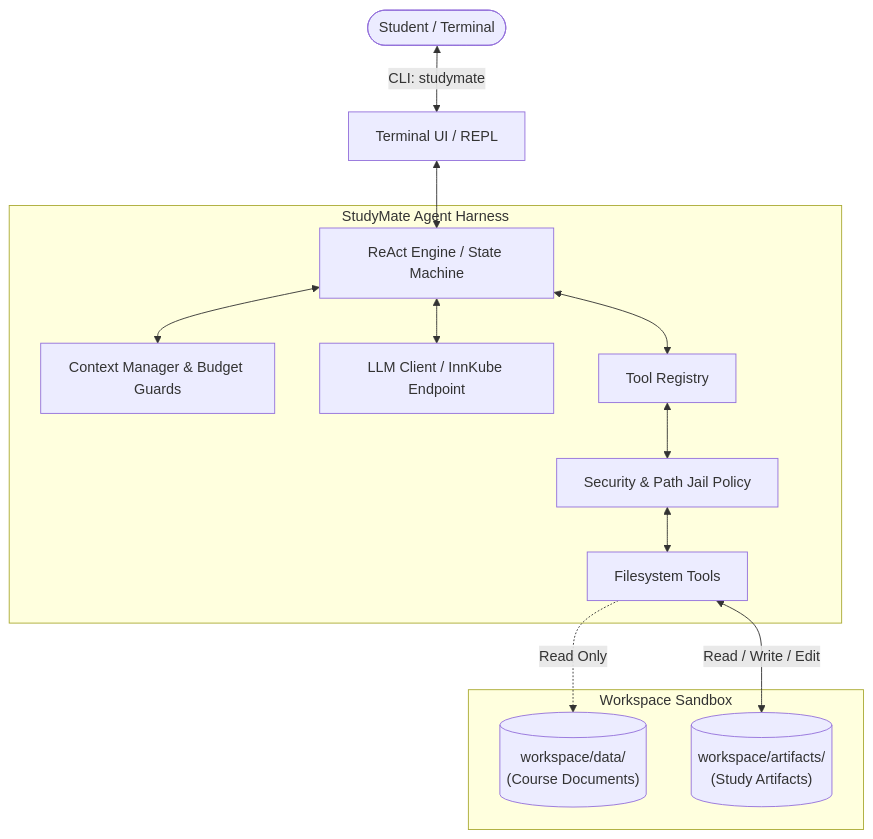
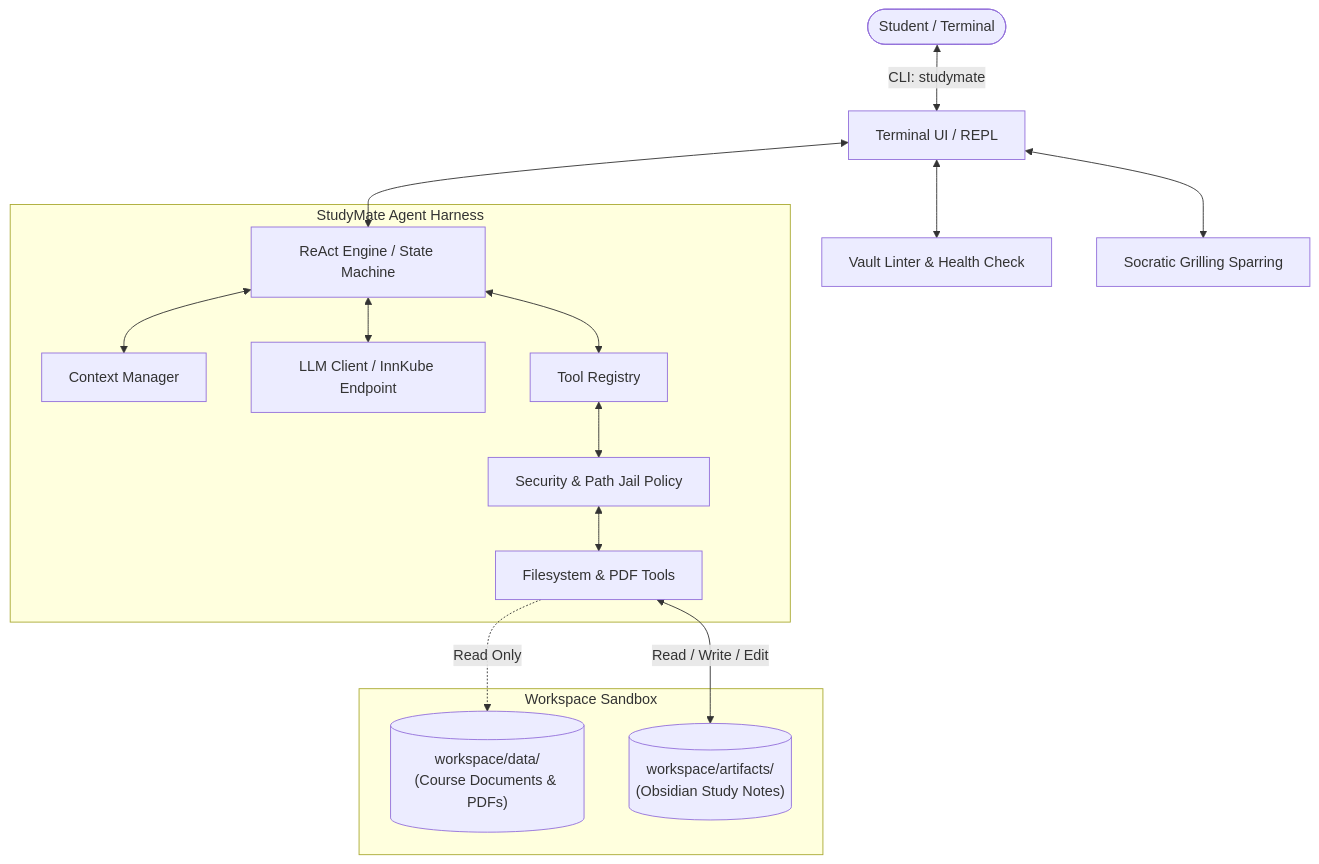
Before and after one commit to glennpaulaby/StudyMate: the diagram in README.md, drawn with Mermaid. The commit also changed other lines of this file and 6 other files, not shown here.

Commit message:
feat(tools): add read_pdf tool, docker compose, and update documentation

````diff
--- a/README.md
+++ b/README.md
@@ -27,18 +31,20 @@
 ```mermaid
 flowchart TD
     User([Student / Terminal]) <-->|CLI: studymate| CLI[Terminal UI / REPL]
     CLI <--> Core[ReAct Engine / State Machine]
+    CLI <--> Linter[Vault Linter & Health Check]
+    CLI <--> Griller[Socratic Grilling Sparring]
     
     subgraph Harness["StudyMate Agent Harness"]
-        Core <--> Context[Context Manager & Budget Guards]
+        Core <--> Context[Context Manager]
         Core <--> LLM[LLM Client / InnKube Endpoint]
         Core <--> Registry[Tool Registry]
         Registry <--> Security[Security & Path Jail Policy]
-        Security <--> FS[Filesystem Tools]
+        Security <--> FS[Filesystem & PDF Tools]
     end
     
     subgraph Sandbox["Workspace Sandbox"]
-        FS -.->|Read Only| Data[("workspace/data/<br/>(Course Documents)")]
-        FS <-->|Read / Write / Edit| Artifacts[("workspace/artifacts/<br/>(Study Artifacts)")]
+        FS -.->|Read Only| Data[("workspace/data/<br/>(Course Documents & PDFs)")]
+        FS <-->|Read / Write / Edit| Artifacts[("workspace/artifacts/<br/>(Obsidian Study Notes)")]
     end
 ```
````
